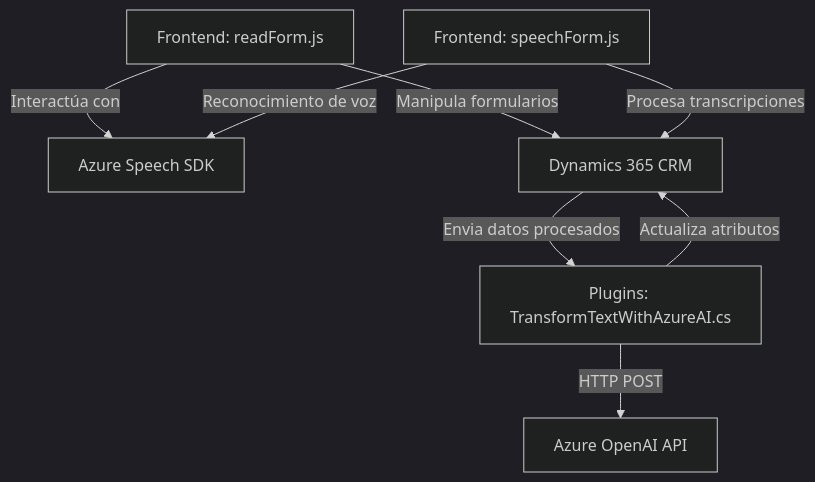
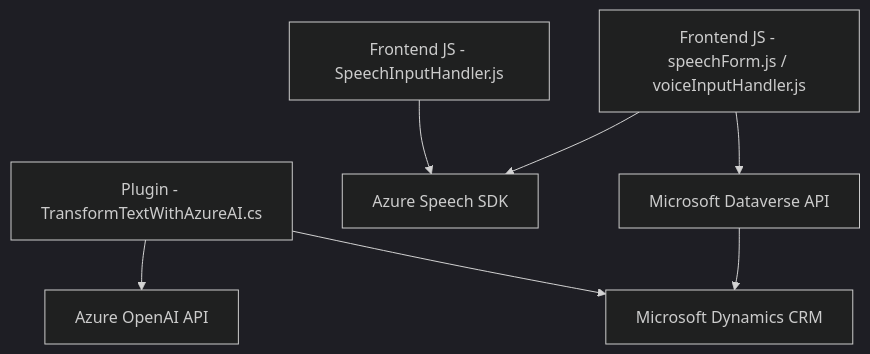
The diagram in README.md (blopezdm/NETCORE_BILBAO2025), drawn with Mermaid (dark theme) before and after one commit. The commit also changed other lines of this file, not shown here.

Commit message:
Actualizar análisis global de la solución con IA

````diff
--- a/README.md
+++ b/README.md
@@ -38,10 +44,17 @@
 ```mermaid
 graph TD
-    A["Frontend: readForm.js"] -->|Interactúa con| B["Azure Speech SDK"]
-    A -->|Manipula formularios| C["Dynamics 365 CRM"]
-    D["Frontend: speechForm.js"] -->|Reconocimiento de voz| B["Azure Speech SDK"]
-    D -->|Procesa transcripciones| C
-    C -->|Envia datos procesados| E["Plugins: TransformTextWithAzureAI.cs"]
-    E -->|HTTP POST| F["Azure OpenAI API"]
-    E -->|Actualiza atributos| C
+  A["Frontend JS - SpeechInputHandler.js"]
+  B["Frontend JS - speechForm.js / voiceInputHandler.js"]
+  C["Plugin - TransformTextWithAzureAI.cs"]
+  D["Microsoft Dynamics CRM"]
+  E["Azure Speech SDK"]
+  F["Azure OpenAI API"]
+  G["Microsoft Dataverse API"]
+
+  A --> E
+  B --> E
+  B --> G
+  C --> F
+  C --> D
+  G --> D
 ```
````
